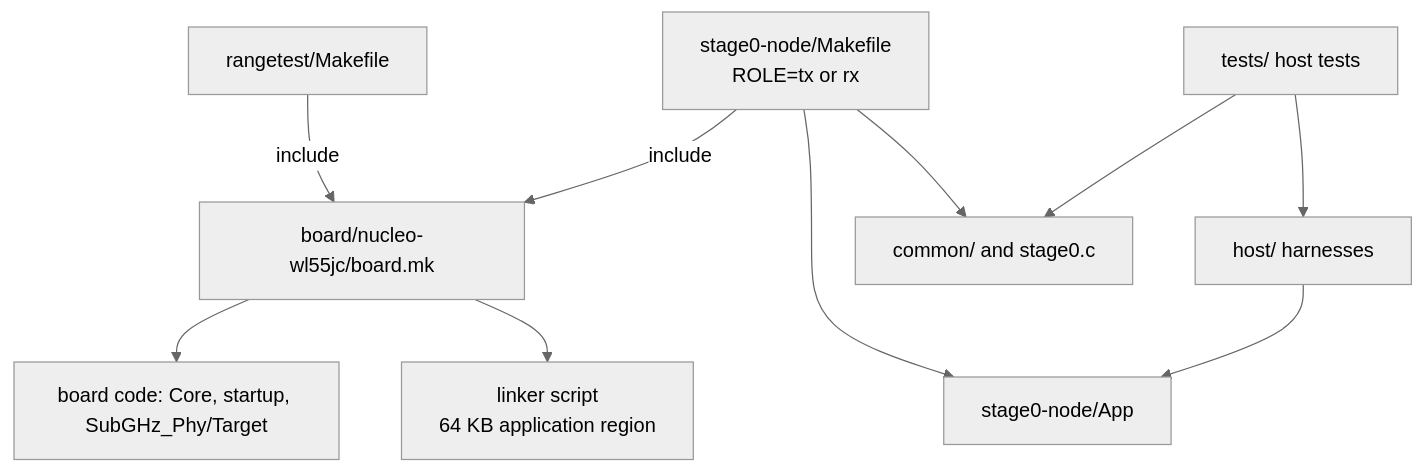
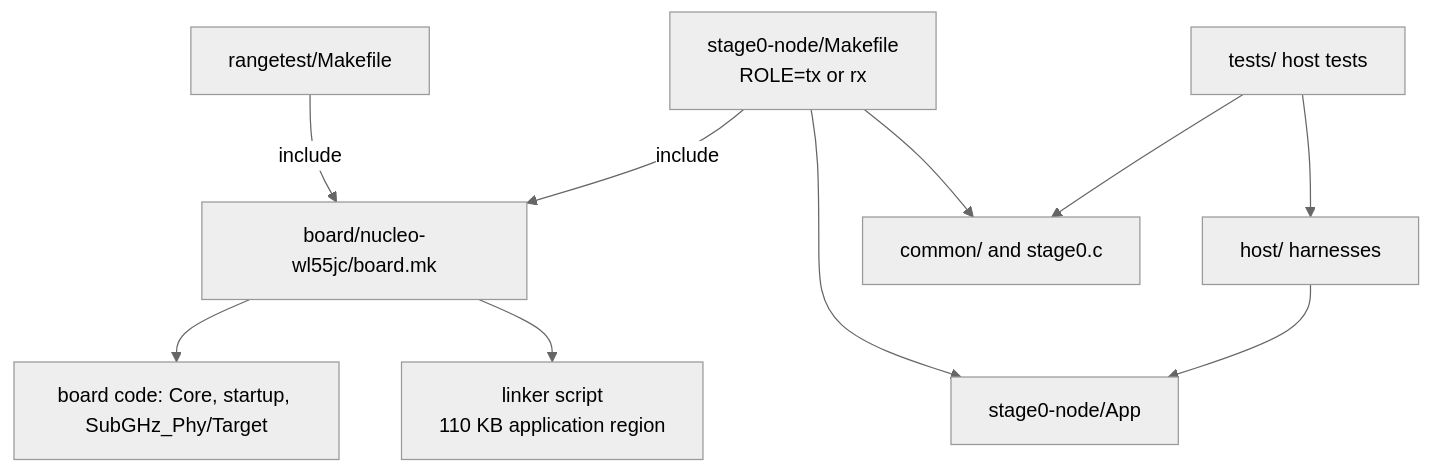
Before and after one commit to clintecker/weather-station-2026: the diagram in firmware/README.md, drawn with Mermaid (neutral theme). The commit also changed other lines of this file and 16 other files, not shown here.

````diff
--- a/firmware/README.md
+++ b/firmware/README.md
@@ -20,12 +20,12 @@
 ```mermaid
 flowchart TD
   NM["stage0-node/Makefile<br/>ROLE=tx or rx"] -->|"include"| BMK["board/nucleo-wl55jc/board.mk"]
   RM["rangetest/Makefile"] -->|"include"| BMK
   BMK --> BC["board code: Core, startup, SubGHz_Phy/Target"]
-  BMK --> LD["linker script<br/>64 KB application region"]
+  BMK --> LD["linker script<br/>110 KB application region"]
   NM --> APP["stage0-node/App"]
   NM --> COM["common/ and stage0.c"]
   TESTS["tests/ host tests"] --> COM
   TESTS --> HOST["host/ harnesses"]
   HOST --> APP
 ```
````
